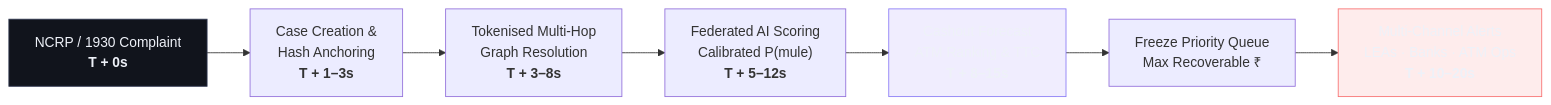
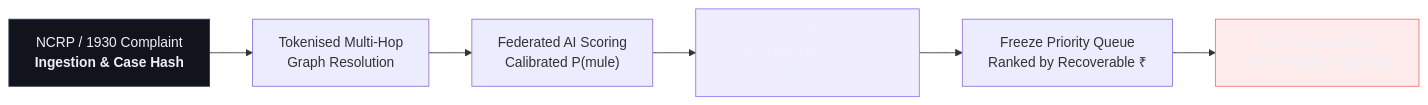
The first of 7 diagrams in README.md (Pranav-Pardeshii/Ovi-V3), drawn with Mermaid before and after one commit. The commit also changed other lines of this file, not shown here.

Commit message:
docs: ground innovation claims with realistic proactive forecasting wording

````diff
--- a/README.md
+++ b/README.md
@@ -121,12 +121,11 @@
 ```mermaid
 flowchart LR
-    A["NCRP / 1930 Complaint<br/><b>T + 0s</b>"] --> B["Case Creation &<br/>Hash Anchoring<br/><b>T + 1–3s</b>"]
-    B --> C["Tokenised Multi-Hop<br/>Graph Resolution<br/><b>T + 3–8s</b>"]
-    C --> D["Federated AI Scoring<br/>Calibrated P(mule)<br/><b>T + 5–12s</b>"]
-    D --> E["Cashout Forecast<br/>ATM Ranking & TTC<br/><b>T + 8–15s</b>"]
-    E --> F["Freeze Priority Queue<br/>Max Recoverable ₹"]
-    F --> G["Multi-Channel Alerts<br/>LEAs · Banks · ATM Ops<br/><b>T + 10–20s</b>"]
+    A["NCRP / 1930 Complaint<br/><b>Ingestion & Case Hash</b>"] --> B["Tokenised Multi-Hop<br/>Graph Resolution"]
+    B --> C["Federated AI Scoring<br/>Calibrated P(mule)"]
+    C --> D["Cashout Forecast<br/>ATM Ranking & TTC Window"]
+    D --> E["Freeze Priority Queue<br/>Ranked by Recoverable ₹"]
+    E --> F["Multi-Channel Alerts<br/>LEAs · Banks · ATM Ops"]
     style A fill:#11141C,stroke:#303851,color:#EEF1F8
-    style E fill:#8B7CF622,stroke:#8B7CF6,color:#EEF1F8
-    style G fill:#F8717122,stroke:#F87171,color:#EEF1F8
+    style D fill:#8B7CF622,stroke:#8B7CF6,color:#EEF1F8
+    style F fill:#F8717122,stroke:#F87171,color:#EEF1F8
 ```
````
